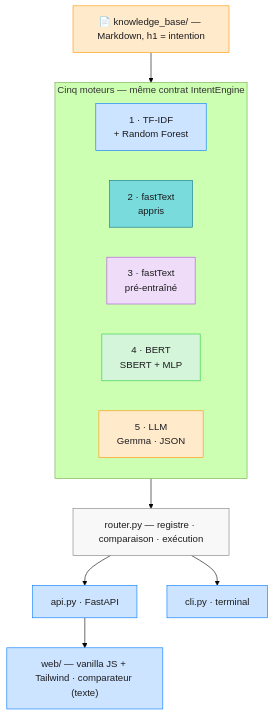
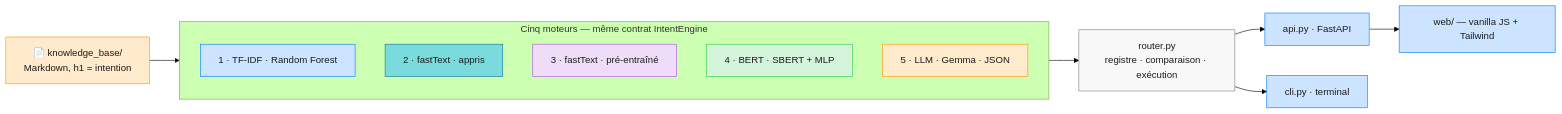
Before and after one commit to warith-harchaoui/intentions: the second of 2 diagrams in LISEZMOI.md, drawn with Mermaid (forest theme). The commit also changed 19 other files, not shown here.

Commit message:
refactor: upgrade LLM engine default from gemma4:e4b to gemma3:4b for improved performance and update documentation accordingly.

````diff
--- a/LISEZMOI.md
+++ b/LISEZMOI.md
@@ -232,29 +232,29 @@
 ```mermaid
-flowchart TB
-    KB["📄 knowledge_base/ — Markdown, h1 = intention"] --> Moteurs
+flowchart LR
+    KB["📄 knowledge_base/<br/>Markdown, h1 = intention"] --> Moteurs
 
     subgraph Moteurs["Cinq moteurs — même contrat IntentEngine"]
-        direction LR
-        E1["1 · TF-IDF<br/>+ Random Forest"]
-        E2["2 · fastText<br/>appris"]
-        E3["3 · fastText<br/>pré-entraîné"]
-        E4["4 · BERT<br/>SBERT + MLP"]
-        E5["5 · LLM<br/>Gemma · JSON"]
+        direction TB
+        E1["1 · TF-IDF · Random Forest"]
+        E2["2 · fastText · appris"]
+        E3["3 · fastText · pré-entraîné"]
+        E4["4 · BERT · SBERT + MLP"]
+        E5["5 · LLM · Gemma · JSON"]
     end
 
-    Moteurs --> R["router.py — registre · comparaison · exécution"]
+    Moteurs --> R["router.py<br/>registre · comparaison · exécution"]
     R --> API["api.py · FastAPI"]
     R --> CLI["cli.py · terminal"]
-    API --> WEB["web/ — vanilla JS + Tailwind · comparateur (texte)"]
+    API --> WEB["web/ — vanilla JS + Tailwind"]
 
     style KB fill:#FFEACC,stroke:#FF9500,color:#1C1C1E
     style R fill:#F8F8F8,stroke:#808080,color:#1C1C1E
     style E1 fill:#CCE4FF,stroke:#007AFF,color:#1C1C1E
     style E2 fill:#79DBDC,stroke:#0E7490,color:#1C1C1E
     style E3 fill:#EFDCF8,stroke:#AF52DE,color:#1C1C1E
     style E4 fill:#D4F5D9,stroke:#28CD41,color:#1C1C1E
     style E5 fill:#FFEACC,stroke:#FF9500,color:#1C1C1E
     style API fill:#CCE4FF,stroke:#007AFF,color:#1C1C1E
     style CLI fill:#CCE4FF,stroke:#007AFF,color:#1C1C1E
     style WEB fill:#CCE4FF,stroke:#007AFF,color:#1C1C1E
 ```
````
